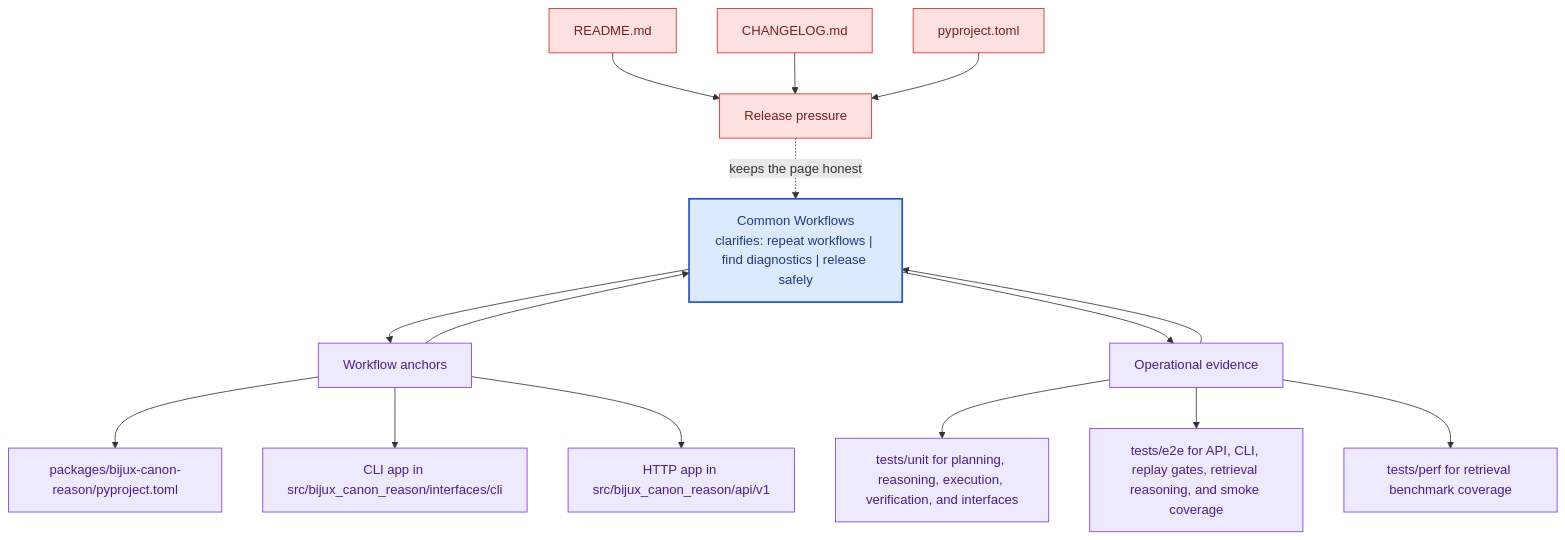
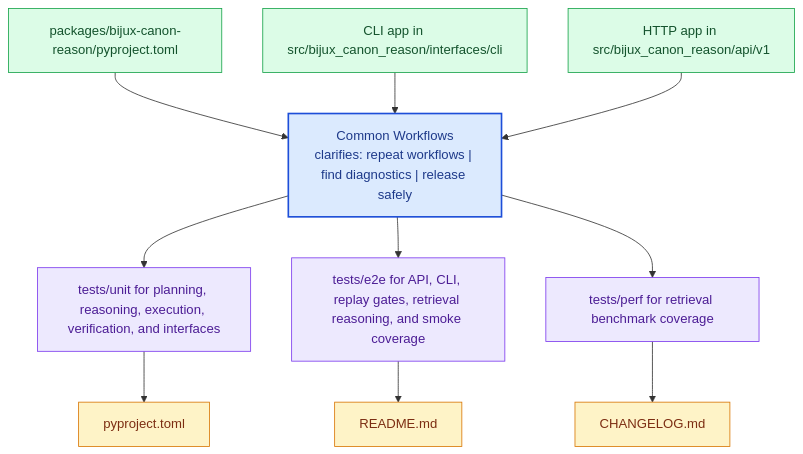
One commit to bijux/bijux-canon changed the diagram in docs/bijux-canon-reason/operations/common-workflows.md. Above: the diagram before and after it, drawn with Mermaid. The commit also changed other lines of this file and 281 other files, not shown here.

Commit message:
docs(diagrams): replace repeated mermaid scaffolds with page-specific summaries

````diff
--- a/docs/bijux-canon-reason/operations/common-workflows.md
+++ b/docs/bijux-canon-reason/operations/common-workflows.md
@@ -67,41 +22,31 @@
 ```mermaid
 flowchart TB
-    promise["Common Workflows<br/>clarifies: repeat workflows | find diagnostics | release safely"]
-    classDef promise fill:#dbeafe,stroke:#1d4ed8,color:#1e3a8a,stroke-width:2px;
-    classDef driver fill:#dcfce7,stroke:#16a34a,color:#14532d;
-    classDef constraint fill:#fee2e2,stroke:#dc2626,color:#7f1d1d;
-    classDef ground fill:#ede9fe,stroke:#7c3aed,color:#4c1d95;
-    focus1["Workflow anchors"]
-    focus1 --> promise
-    promise --> focus1
-    focus1_1["packages/bijux-canon-reason/pyproject.toml"]
-    focus1 --> focus1_1
-    focus1_2["CLI app in src/bijux_canon_reason/interfaces/cli"]
-    focus1 --> focus1_2
-    focus1_3["HTTP app in src/bijux_canon_reason/api/v1"]
-    focus1 --> focus1_3
-    class focus1 ground;
-    class focus1_1,focus1_2,focus1_3 ground;
-    focus2["Operational evidence"]
-    focus2 --> promise
-    promise --> focus2
-    focus2_1["tests/unit for planning, reasoning, execution, verification, and interfaces"]
-    focus2 --> focus2_1
-    focus2_2["tests/e2e for API, CLI, replay gates, retrieval reasoning, and smoke coverage"]
-    focus2 --> focus2_2
-    focus2_3["tests/perf for retrieval benchmark coverage"]
-    focus2 --> focus2_3
-    class focus2 ground;
-    class focus2_1,focus2_2,focus2_3 ground;
-    focus3["Release pressure"]
-    focus3 -.keeps the page honest.-> promise
-    focus3_1["README.md"]
-    focus3_1 --> focus3
-    focus3_2["CHANGELOG.md"]
-    focus3_2 --> focus3
-    focus3_3["pyproject.toml"]
-    focus3_3 --> focus3
-    class focus3 constraint;
-    class focus3_1,focus3_2,focus3_3 constraint;
-    class promise promise;
+    page["Common Workflows<br/>clarifies: repeat workflows | find diagnostics | release safely"]
+    classDef page fill:#dbeafe,stroke:#1d4ed8,color:#1e3a8a,stroke-width:2px;
+    classDef positive fill:#dcfce7,stroke:#16a34a,color:#14532d;
+    classDef caution fill:#fee2e2,stroke:#dc2626,color:#7f1d1d;
+    classDef anchor fill:#ede9fe,stroke:#7c3aed,color:#4c1d95;
+    classDef action fill:#fef3c7,stroke:#d97706,color:#7c2d12;
+    step1["packages/bijux-canon-reason/pyproject.toml"]
+    step1 --> page
+    step2["CLI app in src/bijux_canon_reason/interfaces/cli"]
+    step2 --> page
+    step3["HTTP app in src/bijux_canon_reason/api/v1"]
+    step3 --> page
+    run1["tests/unit for planning, reasoning, execution, verification, and interfaces"]
+    page --> run1
+    run2["tests/e2e for API, CLI, replay gates, retrieval reasoning, and smoke coverage"]
+    page --> run2
+    run3["tests/perf for retrieval benchmark coverage"]
+    page --> run3
+    release1["pyproject.toml"]
+    run1 --> release1
+    release2["README.md"]
+    run2 --> release2
+    release3["CHANGELOG.md"]
+    run3 --> release3
+    class page page;
+    class step1,step2,step3 positive;
+    class run1,run2,run3 anchor;
+    class release1,release2,release3 action;
 ```
````
